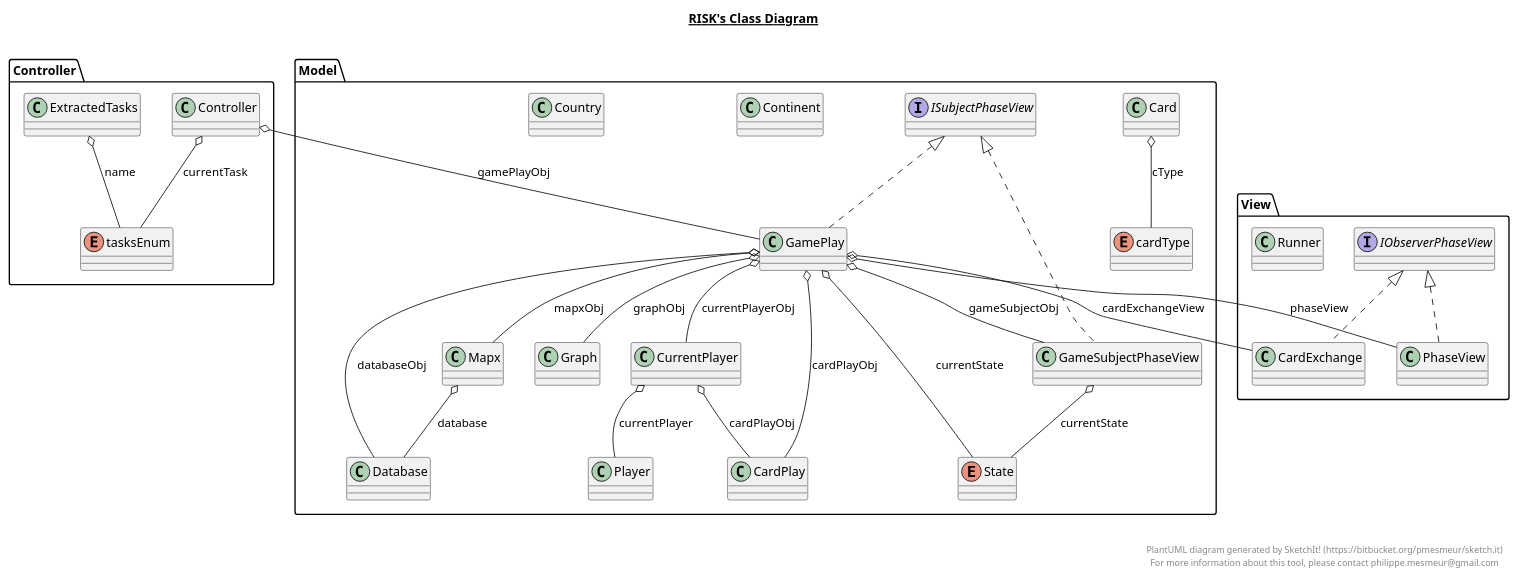
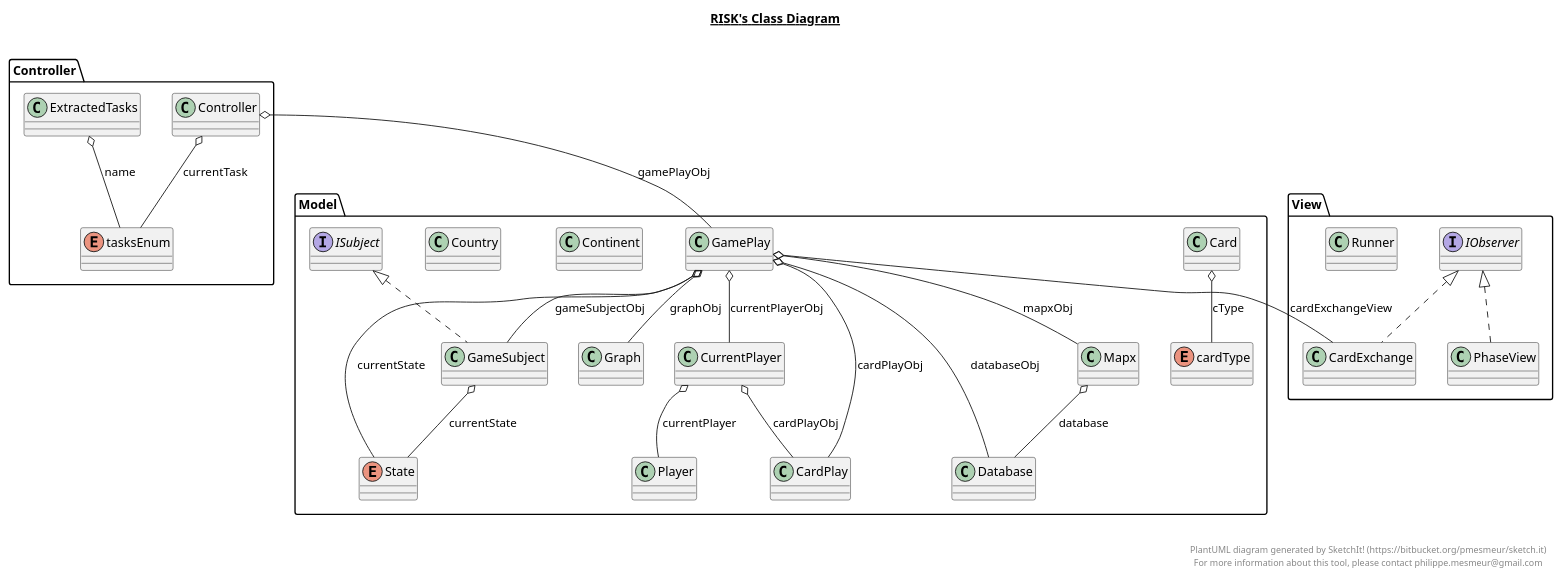
One commit to iamsherrysingh/riskGame changed the diagram in riskGame.plantuml. Above: the diagram before and after it, drawn with PlantUML. The commit also changed 9 other files, not shown here.

First line of the commit message:
Revert "changed ISubject to ISubjectPhaseView"

```diff
--- a/riskGame.plantuml
+++ b/riskGame.plantuml
@@ -1,161 +1,159 @@
 @startuml
 
 title __RISK's Class Diagram__\n
 
   namespace Controller {
     class Controller.Controller {
     }
   }
   
 
   namespace Controller {
     class Controller.ExtractedTasks {
     }
   }
   
 
   namespace Controller {
     enum tasksEnum {
     }
   }
   
 
   namespace Model {
     class Model.Card {
     }
   }
   
 
   namespace Model {
     class Model.CardPlay {
     }
   }
   
 
   namespace Model {
     class Model.Continent {
     }
   }
   
 
   namespace Model {
     class Model.Country {
     }
   }
   
 
   namespace Model {
     class Model.CurrentPlayer {
     }
   }
   
 
   namespace Model {
     class Model.Database {
     }
   }
   
 
   namespace Model {
     class Model.GamePlay {
     }
   }
   
 
   namespace Model {
-    class Model.GameSubjectPhaseView {
+    class Model.GameSubject {
     }
   }
   
 
   namespace Model {
     class Model.Graph {
     }
   }
   
 
   namespace Model {
-    interface Model.ISubjectPhaseView {
+    interface Model.ISubject {
     }
   }
   
 
   namespace Model {
     class Model.Mapx {
     }
   }
   
 
   namespace Model {
     class Model.Player {
     }
   }
   
 
   namespace Model {
     enum State {
     }
   }
   
 
   namespace Model {
     enum cardType {
     }
   }
   
 
   namespace View {
     class View.CardExchange {
     }
   }
   
 
   namespace View {
-    interface View.IObserverPhaseView {
+    interface View.IObserver {
     }
   }
   
 
   namespace View {
     class View.PhaseView {
     }
   }
   
 
   namespace View {
     class View.Runner {
     }
   }
   
 
   Controller.Controller o-- Controller.tasksEnum : currentTask
   Controller.Controller o-- Model.GamePlay : gamePlayObj
   Controller.ExtractedTasks o-- Controller.tasksEnum : name
   Model.Card o-- Model.cardType : cType
+  Model.CurrentPlayer o-- Model.CardPlay : cardPlayObj
   Model.CurrentPlayer o-- Model.Player : currentPlayer
-  Model.CurrentPlayer o-- Model.CardPlay : cardPlayObj
-  Model.GamePlay .up.|> Model.ISubjectPhaseView
   Model.GamePlay o-- View.CardExchange : cardExchangeView
-  Model.GamePlay o-- Model.GameSubjectPhaseView : gameSubjectObj
-  Model.GamePlay o-- View.PhaseView : phaseView
+  Model.GamePlay o-- Model.GameSubject : gameSubjectObj
   Model.GamePlay o-- Model.CardPlay : cardPlayObj
   Model.GamePlay o-- Model.CurrentPlayer : currentPlayerObj
   Model.GamePlay o-- Model.State : currentState
   Model.GamePlay o-- Model.Database : databaseObj
   Model.GamePlay o-- Model.Graph : graphObj
   Model.GamePlay o-- Model.Mapx : mapxObj
-  Model.GameSubjectPhaseView .up.|> Model.ISubjectPhaseView
-  Model.GameSubjectPhaseView o-- Model.State : currentState
+  Model.GameSubject .up.|> Model.ISubject
+  Model.GameSubject o-- Model.State : currentState
   Model.Mapx o-- Model.Database : database
-  View.CardExchange .up.|> View.IObserverPhaseView
-  View.PhaseView .up.|> View.IObserverPhaseView
+  View.CardExchange .up.|> View.IObserver
+  View.PhaseView .up.|> View.IObserver
 
 
 right footer
 
 
 PlantUML diagram generated by SketchIt! (https://bitbucket.org/pmesmeur/sketch.it)
 For more information about this tool, please contact philippe.mesmeur@gmail.com
 endfooter
 
 @enduml
```
